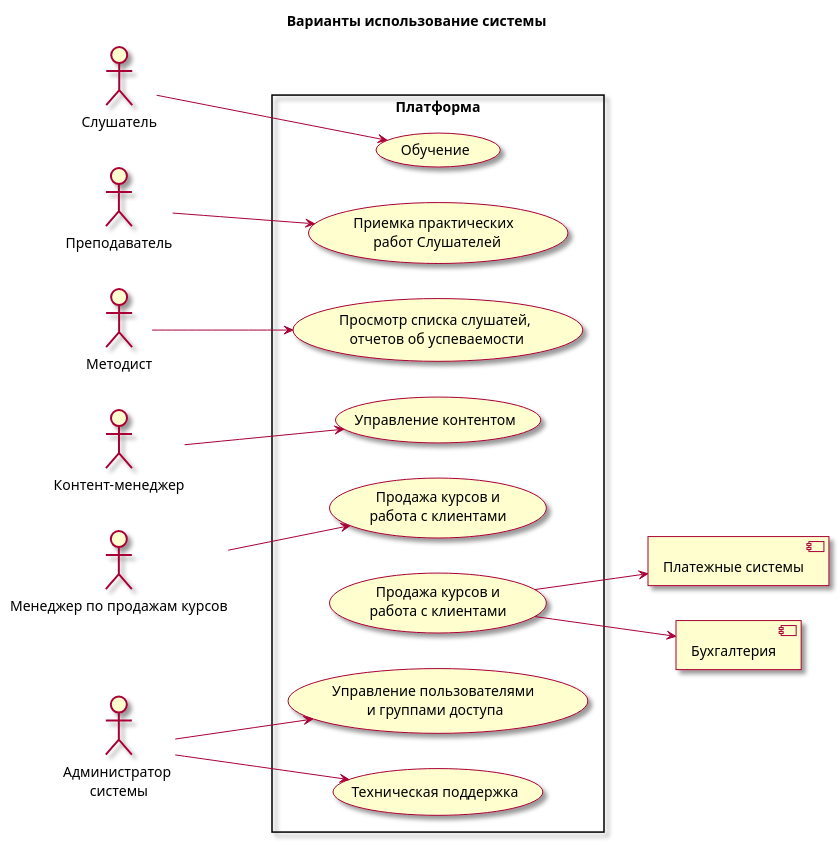
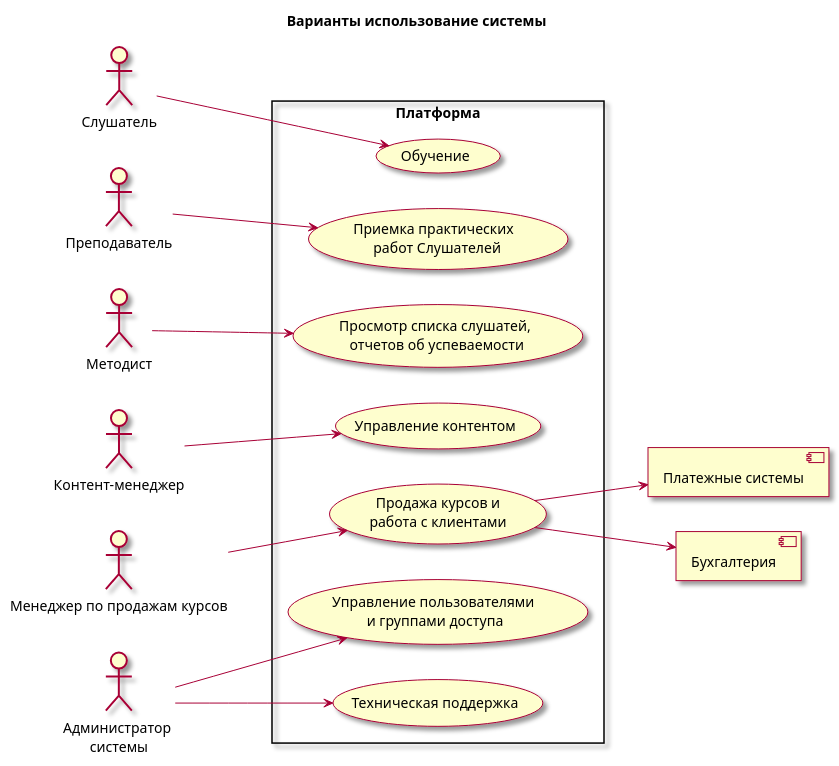
Before and after one commit to PortnovAlex80/node_js_pro: the diagram in api-warehouse/diagrams/mediusecase.iuml, drawn with PlantUML.

```diff
--- a/api-warehouse/diagrams/mediusecase.iuml
+++ b/api-warehouse/diagrams/mediusecase.iuml
@@ -1,46 +1,41 @@
 @startuml
 skin rose
 left to right direction
 
 title Варианты использование системы 
 
 :Слушатель: as STUDENT
 :Преподаватель: as LECTOR
 :Методист: as METOD
 :Контент-менеджер: as CONTMGR
 :Менеджер по продажам курсов: as MGR
 :Администратор \nсистемы: as ADMIN
 
 [Платежные системы] as Payments
 [Бухгалтерия] as Commercia
 
 rectangle  :Платформа: {
 
 usecase (Обучение) as UC1
 usecase (Приемка практических \n работ Слушателей) as UC2
 usecase (Просмотр списка слушатей,\n отчетов об успеваемости) as UC3
-
 usecase (Управление контентом) as UC4
-
 usecase (Продажа курсов и\nработа с клиентами) as UC5
-
-usecase (Продажа курсов и\nработа с клиентами) as UC6
-
 
 usecase (Управление пользователями \nи группами доступа) as UC7
 usecase (Техническая поддержка) as UC8
 }
 
 STUDENT --> UC1
 LECTOR --> UC2
 METOD--> UC3
 CONTMGR--> UC4
 MGR --> UC5
 
-UC6 --> Payments
-UC6 --> Commercia
+UC5 --> Payments
+UC5 --> Commercia
 
 ADMIN --> UC7
 ADMIN --> UC8
 
 @enduml
```
